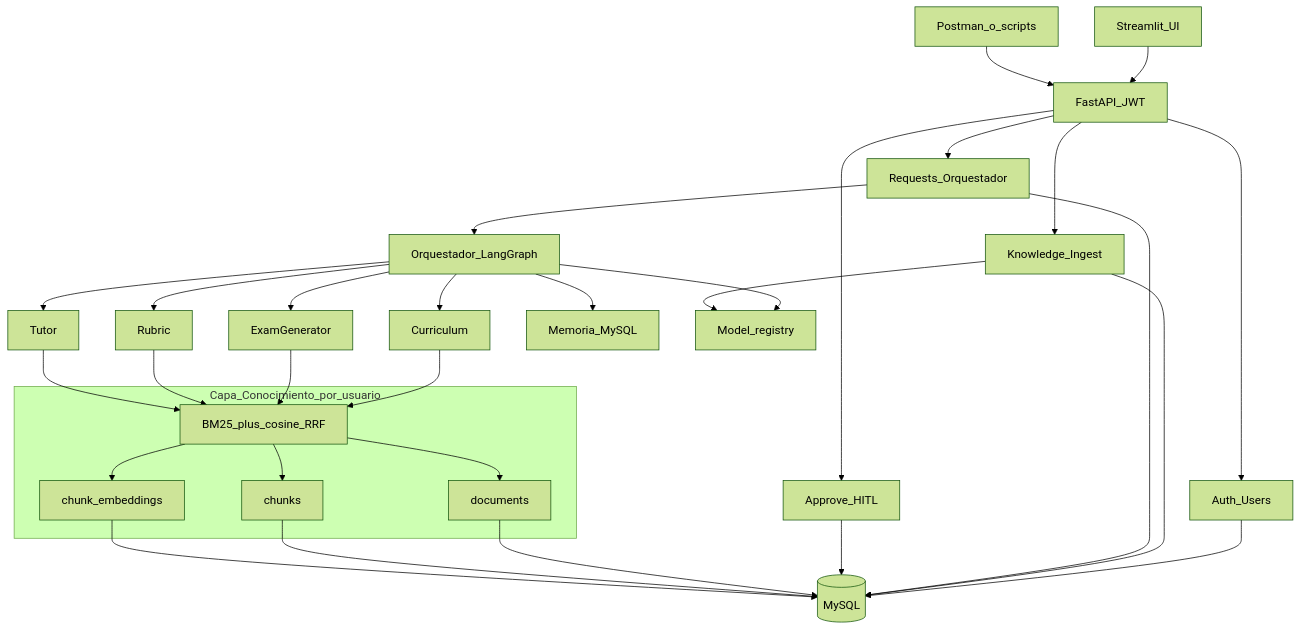
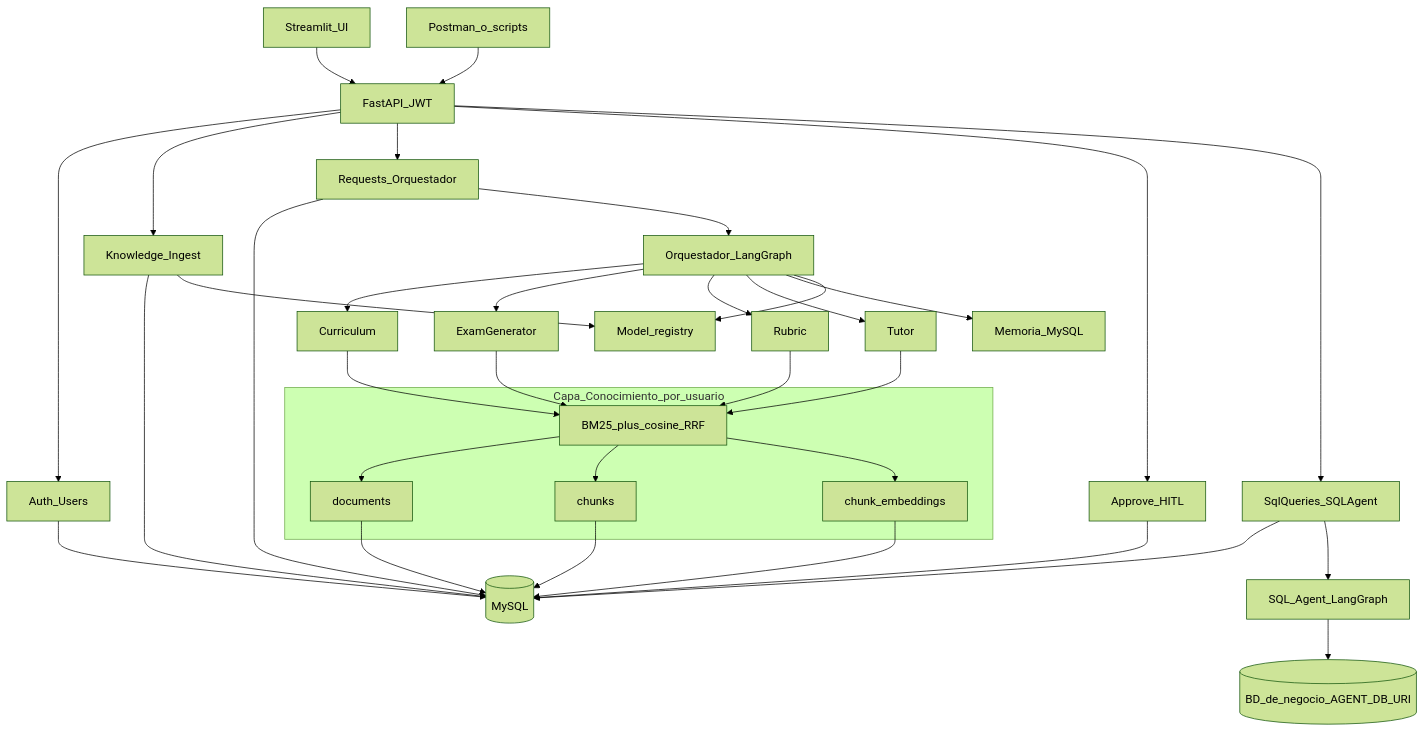
One commit to DavidLeonP/Orquestacion-Agentes changed the first of 2 diagrams in docs/arquitectura.md. Above: the diagram before and after it, drawn with Mermaid (forest theme). The commit also changed other lines of this file and 34 other files, not shown here.

First line of the commit message:
Add SQL Agent (NL→SQL) with API & UI

````diff
--- a/docs/arquitectura.md
+++ b/docs/arquitectura.md
@@ -30,37 +30,41 @@
 ```mermaid
 flowchart TB
     ST[Streamlit_UI] --> API[FastAPI_JWT]
     Cliente[Postman_o_scripts] --> API
     API --> Auth[Auth_Users]
     API --> Know[Knowledge_Ingest]
     API --> Req[Requests_Orquestador]
     API --> Hitl[Approve_HITL]
+    API --> SqlQ[SqlQueries_SQLAgent]
     Auth --> MySQL[(MySQL)]
     Know --> MySQL
     Req --> MySQL
     Hitl --> MySQL
+    SqlQ --> MySQL
     Req --> Orq[Orquestador_LangGraph]
     Orq --> CA[Curriculum]
     Orq --> EG[ExamGenerator]
     Orq --> RA[Rubric]
     Orq --> TA[Tutor]
+    SqlQ --> SQL[SQL_Agent_LangGraph]
+    SQL --> BizDB[(BD_de_negocio_AGENT_DB_URI)]
     subgraph conocimiento [Capa_Conocimiento_por_usuario]
         Docs[documents]
         Chunks[chunks]
         Emb[chunk_embeddings]
         Hibrida[BM25_plus_cosine_RRF]
     end
     CA --> Hibrida
     EG --> Hibrida
     RA --> Hibrida
     TA --> Hibrida
     Hibrida --> Docs
     Hibrida --> Chunks
     Hibrida --> Emb
     Docs --> MySQL
     Chunks --> MySQL
     Emb --> MySQL
     Orq --> Mem[Memoria_MySQL]
     Orq --> Registry[Model_registry]
     Know --> Registry
 ```
````
